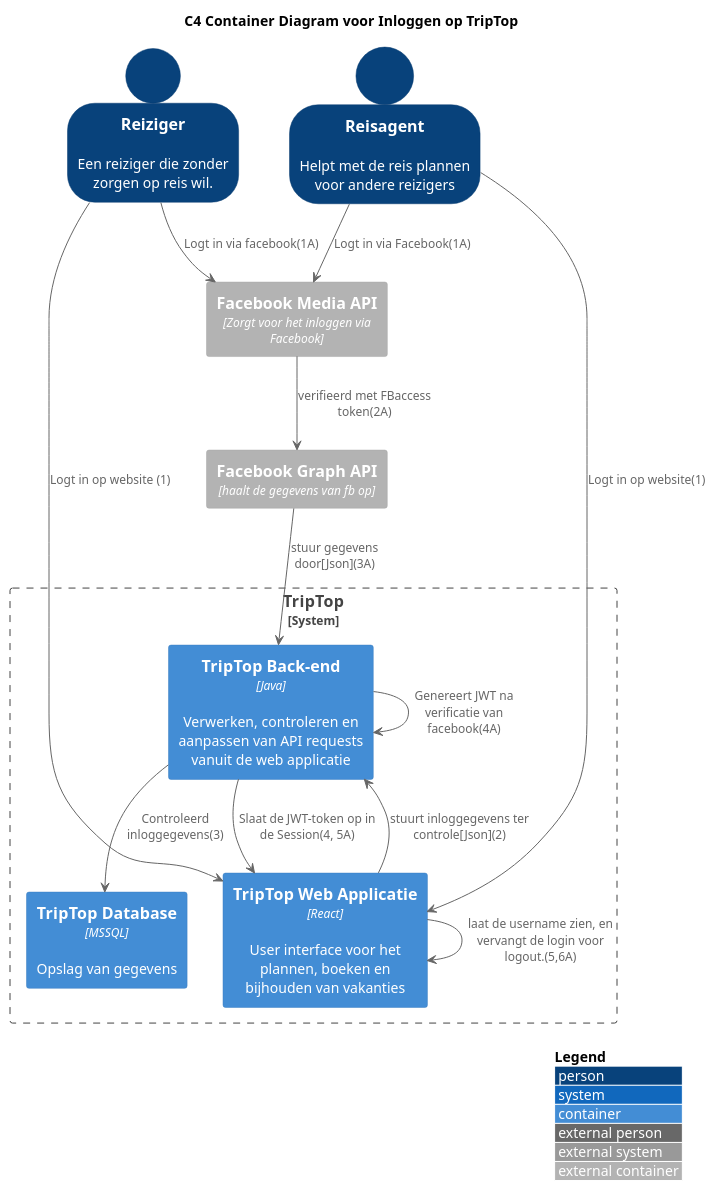
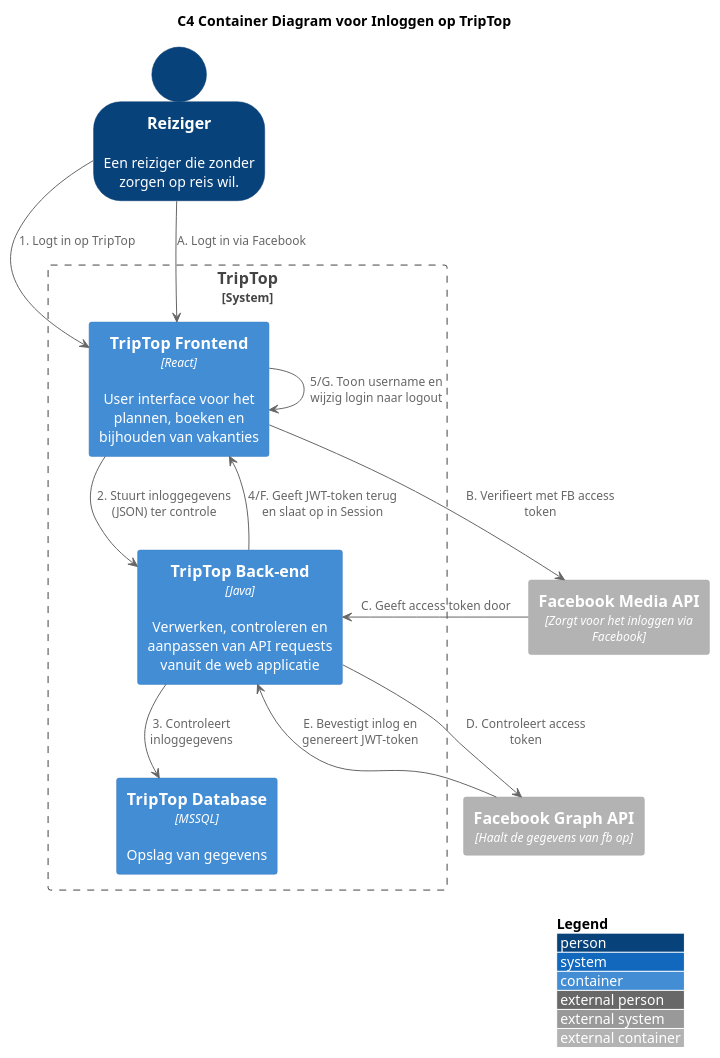
One commit to AIM-ENE-feb25/triptop-jrn changed the diagram in opdracht-diagrammen/ContainerDiagramInloggen.puml. Above: the diagram before and after it, drawn with PlantUML. The commit also changed 13 other files, not shown here.

```diff
--- a/opdracht-diagrammen/ContainerDiagramInloggen.puml
+++ b/opdracht-diagrammen/ContainerDiagramInloggen.puml
@@ -1,44 +1,43 @@
 @startuml
 
 !include https://raw.githubusercontent.com/plantuml-stdlib/C4-PlantUML/master/C4_Context.puml
 !include <C4/C4_Container>
 
 title C4 Container Diagram voor Inloggen op TripTop
 
 LAYOUT_WITH_LEGEND()
 
 SHOW_PERSON_OUTLINE()
 
 Person(Reiziger, "Reiziger", "Een reiziger die zonder zorgen op reis wil.")
-Person(Reisagent, "Reisagent", "Helpt met de reis plannen voor andere reizigers")
 
 Container_Ext(fbLogin, "Facebook Media API", "Zorgt voor het inloggen via Facebook")
-Container_Ext(fbVerify, "Facebook Graph API", "haalt de gegevens van fb op")
-
-
+Container_Ext(fbVerify, "Facebook Graph API", "Haalt de gegevens van fb op")
 
 System_Boundary(triptop_core, "TripTop") {
+    Container(triptop, "TripTop Frontend", "React", "User interface voor het plannen, boeken en bijhouden van vakanties")
     Container(backend, "TripTop Back-end", "Java", "Verwerken, controleren en aanpassen van API requests vanuit de web applicatie")
     Container(db, "TripTop Database", "MSSQL", "Opslag van gegevens")
-    Container(triptop, "TripTop Web Applicatie", "React", "User interface voor het plannen, boeken en bijhouden van vakanties")
-
 }
 
-Reiziger --> triptop : "Logt in op website (1)"
-triptop --> backend : "stuurt inloggegevens ter controle[Json](2)"
-backend --> db : "Controleerd inloggegevens(3)"
-backend --> triptop : "Slaat de JWT-token op in de Session(4, 5A)"
-triptop --> triptop : "laat de username zien, en vervangt de login voor logout.(5,6A)"
+' Standaard login flow (numeriek)
+Reiziger --> triptop : "1. Logt in op TripTop"
+triptop --> backend : "2. Stuurt inloggegevens (JSON) ter controle"
+backend --> db : "3. Controleert inloggegevens"
+backend --> triptop : "4/F. Geeft JWT-token terug en slaat op in Session"
+triptop --> triptop : "5/G. Toon username en wijzig login naar logout"
 
-Reisagent --> triptop : "Logt in op website(1)"
+' Facebook login flow (alfabetisch)
+Reiziger --> triptop : "A. Logt in via Facebook"
+triptop --> fbLogin : "B. Verifieert met FB access token"
+fbLogin --> backend : "C. Geeft access token door"
+backend --> fbVerify : "D. Controleert access token"
+fbVerify --> backend : "E. Bevestigt inlog en genereert JWT-token"
 
-
-Reiziger --> fbLogin : "Logt in via facebook(1A)"
-Reisagent --> fbLogin : "Logt in via Facebook(1A)"
-fbLogin --> fbVerify : "verifieerd met FBaccess token(2A)"
-fbVerify --> backend : "stuur gegevens door[Json](3A)"
-
-backend --> backend : "Genereert JWT na verificatie van facebook(4A)"
-
+' Layout positioning
+Reiziger -[hidden]-> triptop
+triptop -[hidden]-> backend
+backend -[hidden]-> db
+fbLogin -[hidden]-> fbVerify
 
 @enduml
```
